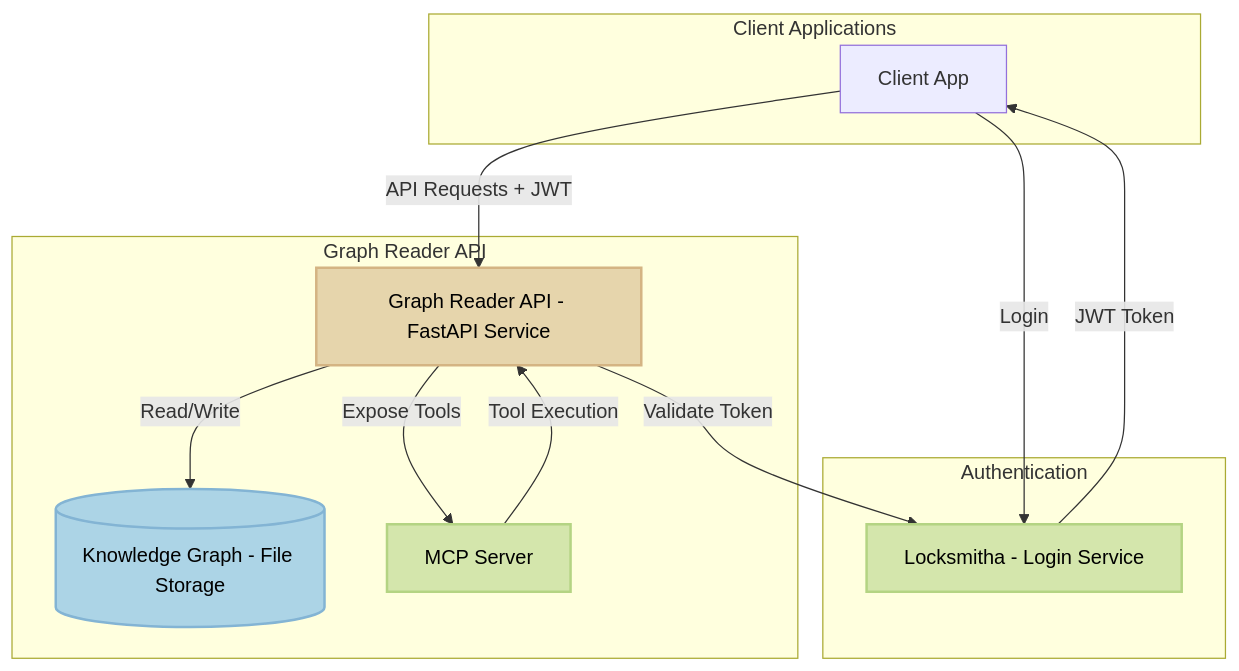
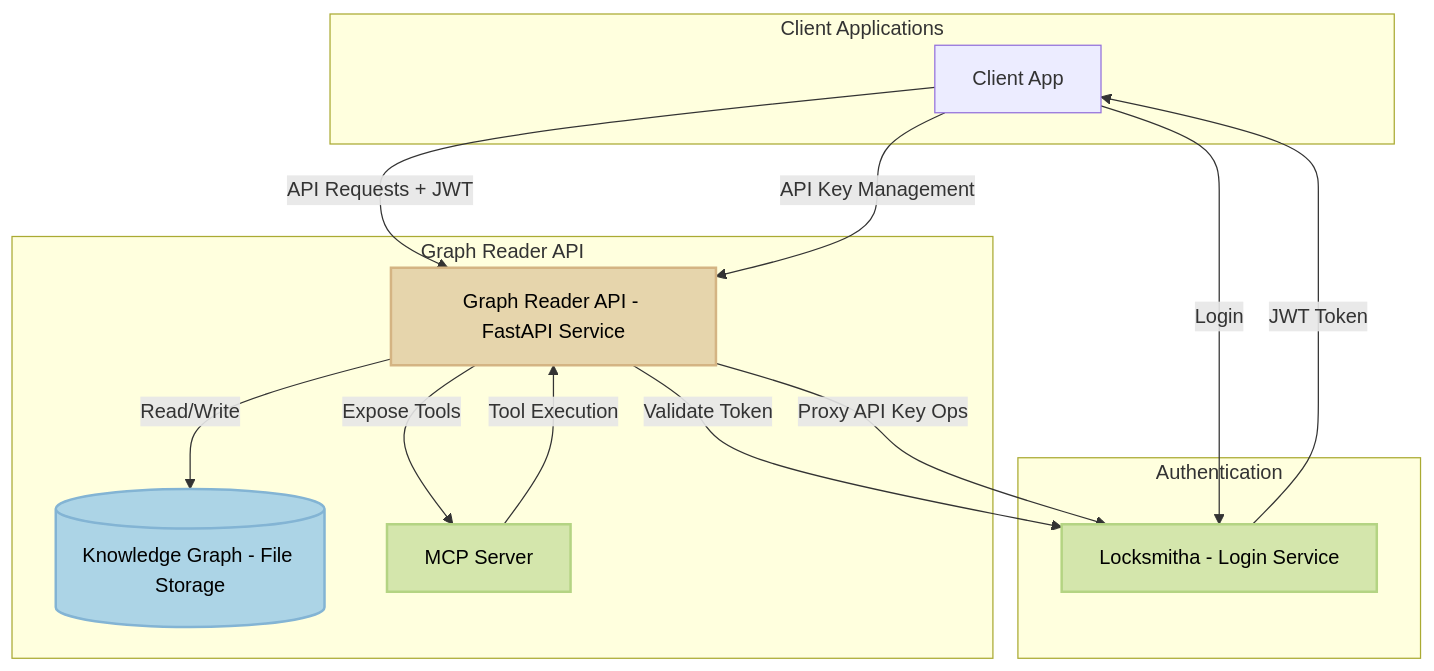
Before and after one commit to beanone/graph_reader_api: the diagram in README.md, drawn with Mermaid. The commit also changed other lines of this file and 15 other files, not shown here.

````diff
--- a/README.md
+++ b/README.md
@@ -32,33 +33,35 @@
 ```mermaid
 graph TD
     subgraph "Client Applications"
         Client[Client App]
     end
 
     subgraph "Authentication"
         Locksmitha[Locksmitha - Login Service]
     end
 
     subgraph "Graph Reader API"
         API[Graph Reader API - FastAPI Service]
         KG[(Knowledge Graph - File Storage)]
         MCP[MCP Server]
     end
 
     Client -->|Login| Locksmitha
     Locksmitha -->|JWT Token| Client
     Client -->|API Requests + JWT| API
     API -->|Validate Token| Locksmitha
+    Client -->|API Key Management| API
+    API -->|Proxy API Key Ops| Locksmitha
     API -->|Read/Write| KG
     API -->|Expose Tools| MCP
     MCP -->|Tool Execution| API
 
     classDef primary fill:#E6D5AC,stroke:#D4B483,stroke-width:2px,color:#000
     classDef secondary fill:#D4E6AC,stroke:#B4D483,stroke-width:2px,color:#000
     classDef storage fill:#ACD4E6,stroke:#83B4D4,stroke-width:2px,color:#000
 
     class API primary
     class MCP secondary
     class Locksmitha secondary
     class KG storage
 ```
````
